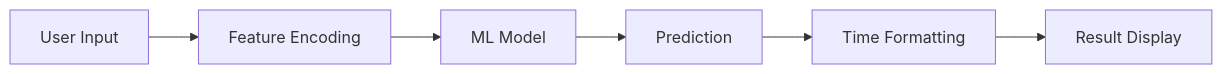
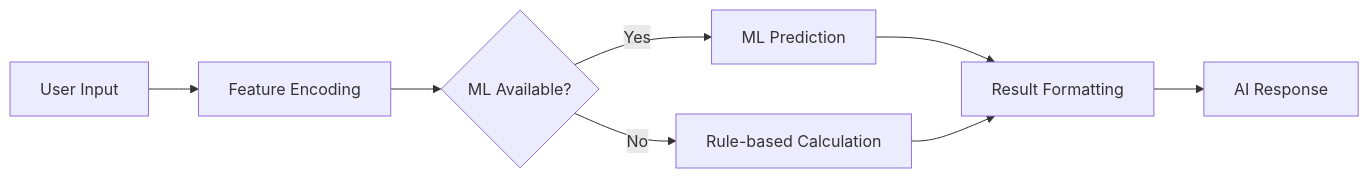
Before and after one commit to the-vinitjadhav/service-time-predictor: the diagram in README.md, drawn with Mermaid. The commit also changed other lines of this file, not shown here.

````diff
--- a/README.md
+++ b/README.md
@@ -77,8 +97,10 @@
 ```mermaid
 graph LR
     A[User Input] --> B[Feature Encoding]
-    B --> C[ML Model]
-    C --> D[Prediction]
-    D --> E[Time Formatting]
-    E --> F[Result Display]
+    B --> C{ML Available?}
+    C -->|Yes| D[ML Prediction]
+    C -->|No| E[Rule-based Calculation]
+    D --> F[Result Formatting]
+    E --> F
+    F --> G[AI Response]
 ```
````
